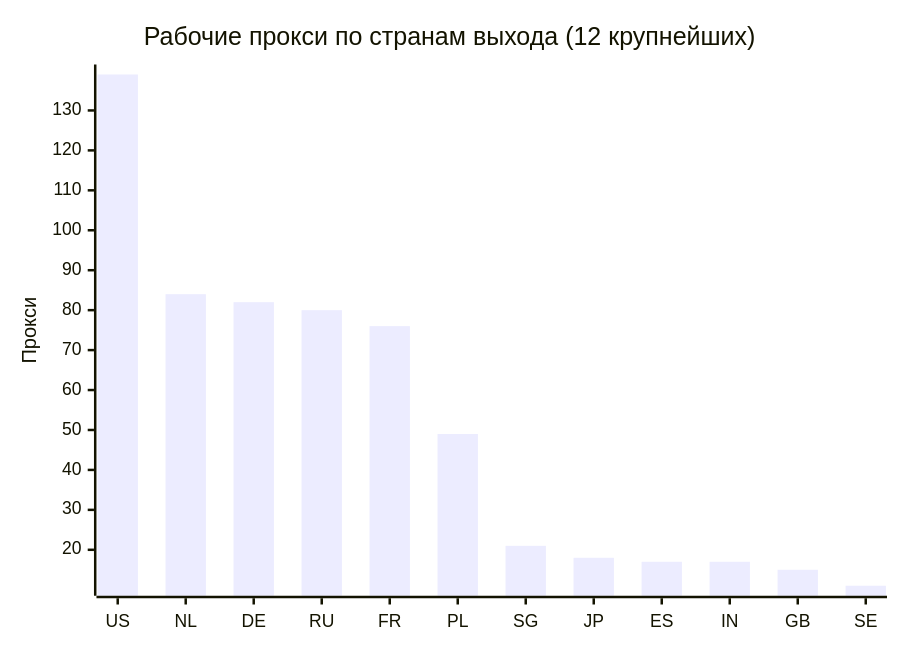
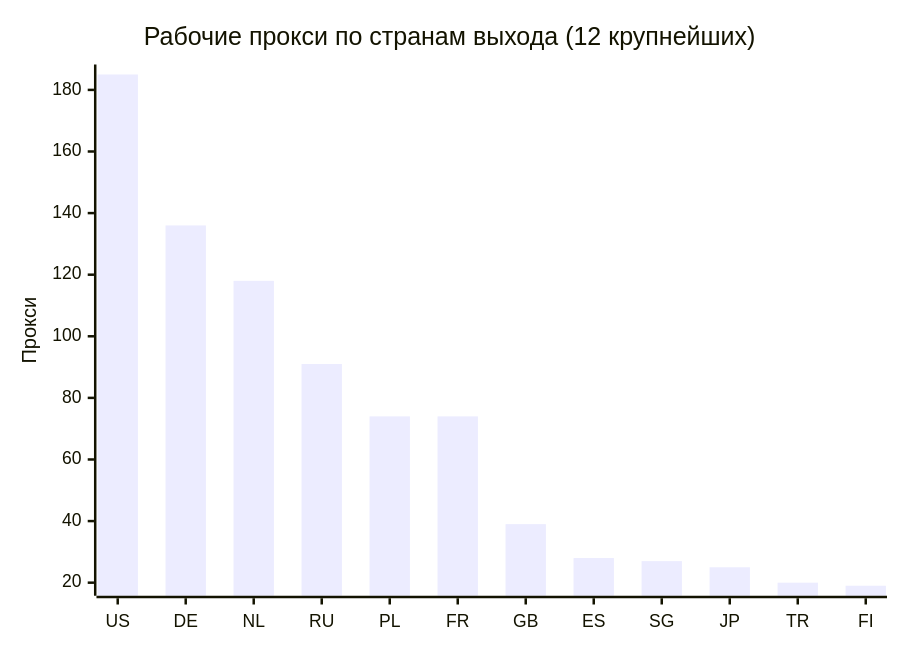
Before and after one commit to rvvg/proxy-subs: the second of 4 diagrams in README.md, drawn with Mermaid. The commit also changed other lines of this file and 51 other files, not shown here.

````diff
--- a/README.md
+++ b/README.md
@@ -125,7 +133,7 @@
 ```mermaid
 xychart-beta
     title "Рабочие прокси по странам выхода (12 крупнейших)"
-    x-axis ["US", "NL", "DE", "RU", "FR", "PL", "SG", "JP", "ES", "IN", "GB", "SE"]
+    x-axis ["US", "DE", "NL", "RU", "PL", "FR", "GB", "ES", "SG", "JP", "TR", "FI"]
     y-axis "Прокси"
-    bar [139, 84, 82, 80, 76, 49, 21, 18, 17, 17, 15, 11]
+    bar [185, 136, 118, 91, 74, 74, 39, 28, 27, 25, 20, 19]
 ```
````
